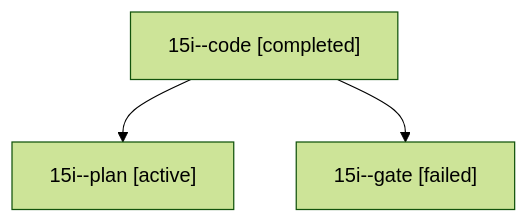
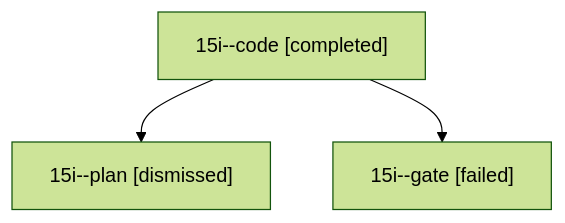
Before and after one commit to bobs-org/bob-cli--agents: the diagram in sessions/bbugyi200.athena.15i.md, drawn with Mermaid (forest theme). The commit also changed other lines of this file and 6 other files, not shown here.

````diff
--- a/sessions/bbugyi200.athena.15i.md
+++ b/sessions/bbugyi200.athena.15i.md
@@ -9,8 +9,8 @@
 ```mermaid
 flowchart TD
   n0["15i--code [completed]"]
-  n1["15i--plan [active]"]
+  n1["15i--plan [dismissed]"]
   n0 --> n1
   n2["15i--gate [failed]"]
   n0 --> n2
 ```
````
